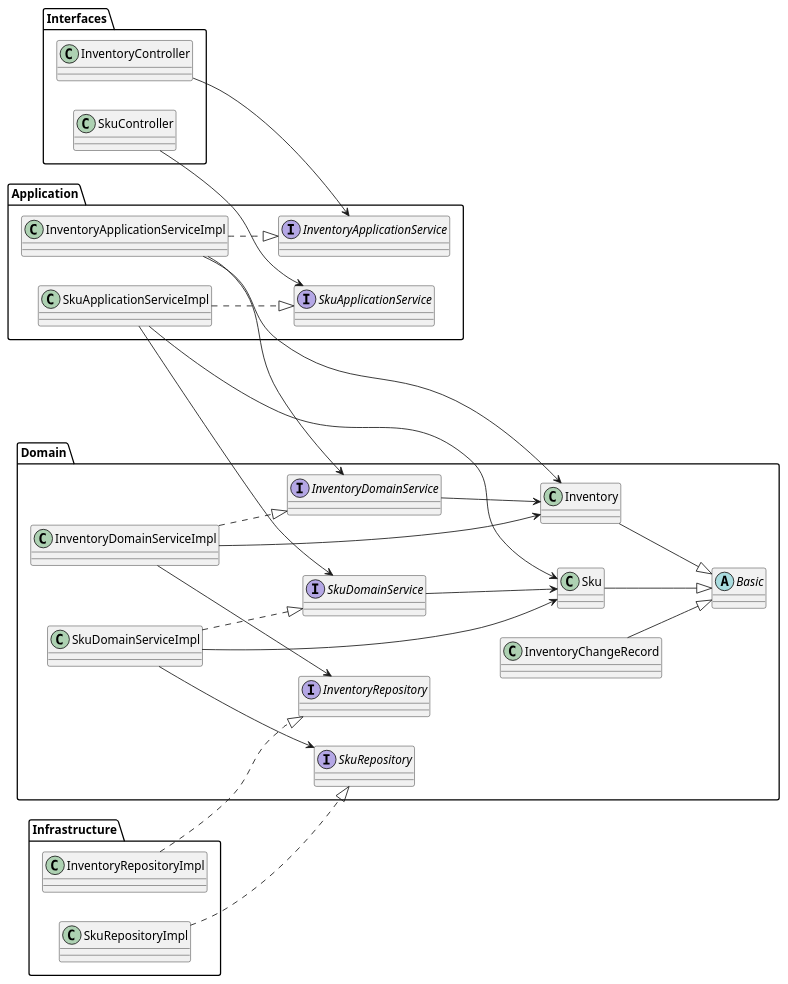
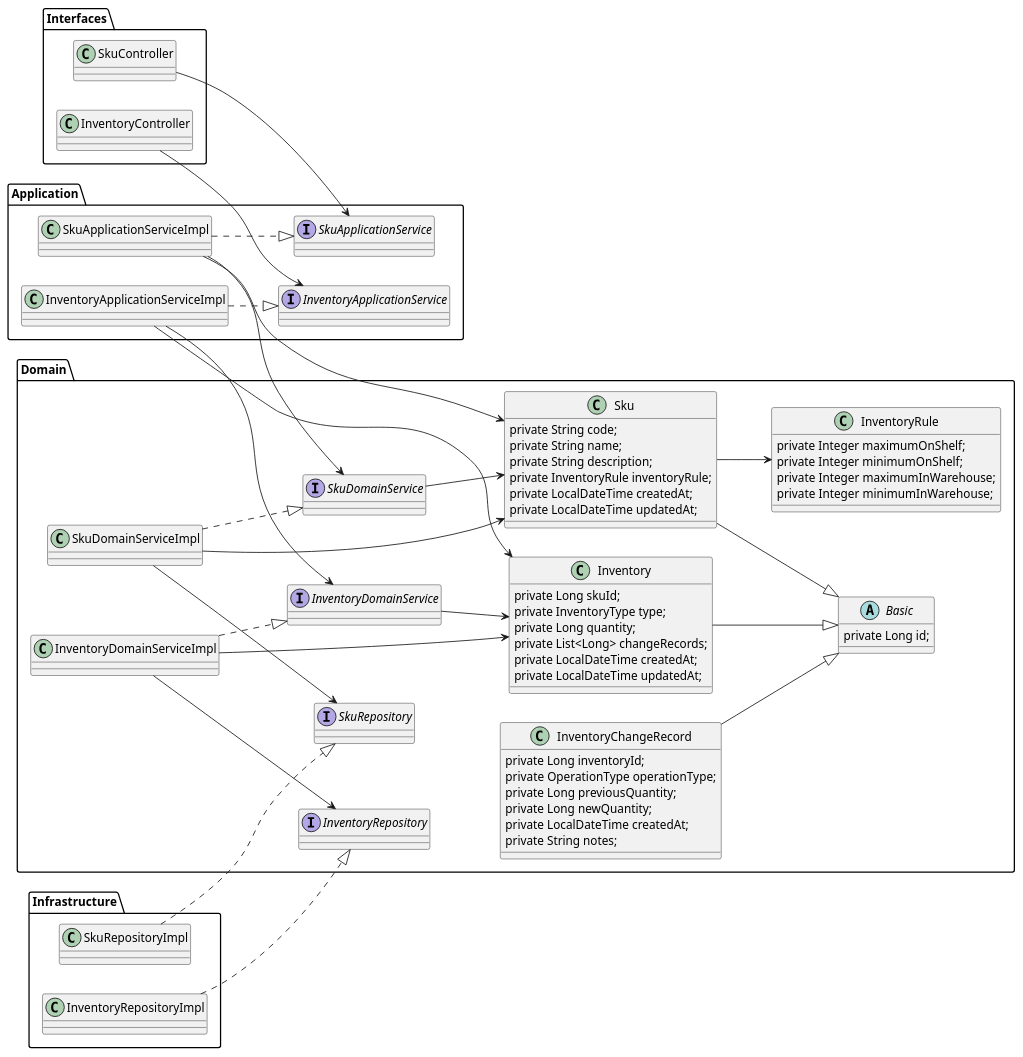
The diagram in uml/4. class.puml (Jeromefromcn/JavaFinalProject8020), drawn with PlantUML before and after one commit. The commit also changed 9 other files, not shown here.

```diff
--- a/uml/4. class.puml
+++ b/uml/4. class.puml
@@ -1,57 +1,87 @@
 @startuml
 'https://plantuml.com/class-diagram
 left to right direction
 
 package Interfaces {
     class InventoryController
     class SkuController
 }
 
 package Application {
     interface InventoryApplicationService
     class InventoryApplicationServiceImpl
     interface SkuApplicationService
     class SkuApplicationServiceImpl
 }
 
 package Domain {
     interface InventoryDomainService
     class InventoryDomainServiceImpl
     interface SkuDomainService
     class SkuDomainServiceImpl
-    abstract Basic
-    class Inventory
-    class InventoryChangeRecord
+    abstract Basic {
+        private Long id;
+    }
+    class Inventory {
+        private Long skuId;
+        private InventoryType type;
+        private Long quantity;
+        private List<Long> changeRecords;
+        private LocalDateTime createdAt;
+        private LocalDateTime updatedAt;
+    }
+    class InventoryChangeRecord {
+        private Long inventoryId;
+        private OperationType operationType;
+        private Long previousQuantity;
+        private Long newQuantity;
+        private LocalDateTime createdAt;
+        private String notes;
+    }
     interface InventoryRepository
-    class Sku
+    class Sku {
+        private String code;
+        private String name;
+        private String description;
+        private InventoryRule inventoryRule;
+        private LocalDateTime createdAt;
+        private LocalDateTime updatedAt;
+    }
+    class InventoryRule {
+        private Integer maximumOnShelf;
+        private Integer minimumOnShelf;
+        private Integer maximumInWarehouse;
+        private Integer minimumInWarehouse;
+    }
     interface SkuRepository
 }
 
 package Infrastructure {
     class InventoryRepositoryImpl
     class SkuRepositoryImpl
 }
 
 InventoryController --> InventoryApplicationService
 InventoryApplicationServiceImpl ..|> InventoryApplicationService
 InventoryApplicationServiceImpl --> InventoryDomainService
 InventoryApplicationServiceImpl --> Inventory
 InventoryDomainServiceImpl ..|> InventoryDomainService
 InventoryDomainService --> Inventory
 InventoryDomainServiceImpl --> Inventory
 InventoryDomainServiceImpl --> InventoryRepository
 InventoryRepositoryImpl ..|> InventoryRepository
 Inventory --|> Basic
 InventoryChangeRecord --|> Basic
 
 SkuController --> SkuApplicationService
 SkuApplicationServiceImpl ..|> SkuApplicationService
 SkuApplicationServiceImpl --> SkuDomainService
 SkuApplicationServiceImpl --> Sku
 SkuDomainServiceImpl ..|> SkuDomainService
 SkuDomainService --> Sku
 SkuDomainServiceImpl --> Sku
 SkuDomainServiceImpl --> SkuRepository
 SkuRepositoryImpl ..|> SkuRepository
 Sku --|> Basic
+Sku --> InventoryRule
 @enduml
```
